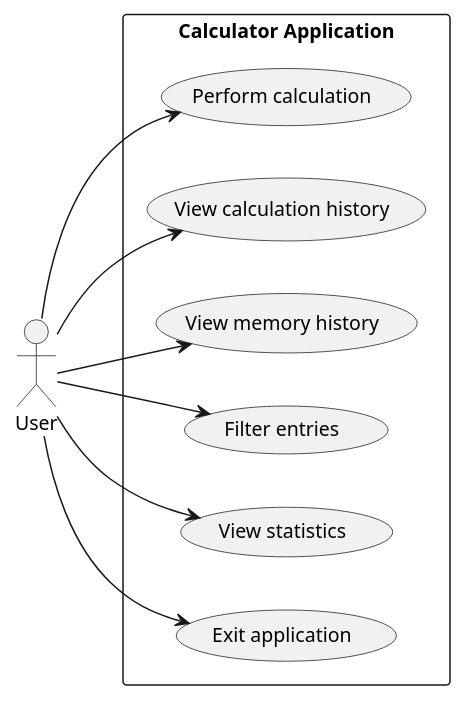
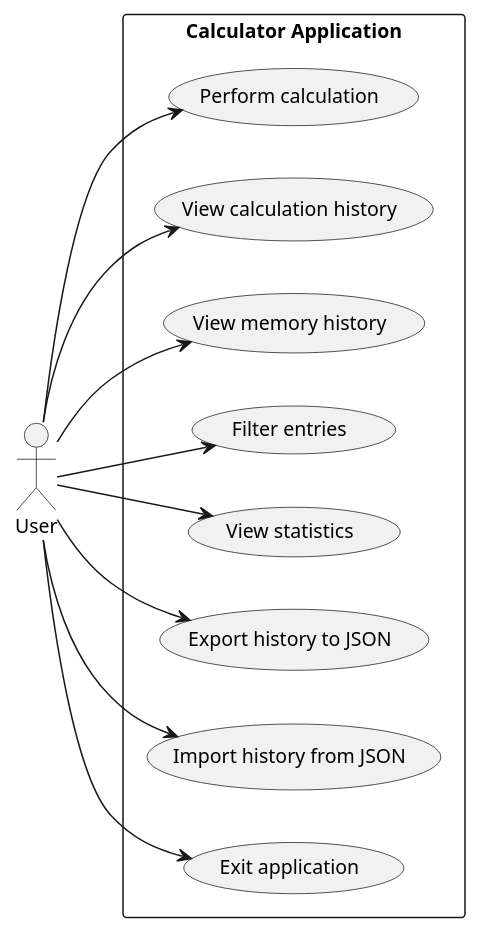
The diagram in experiments/broadcast/user_stories/calculator/artifacts/use_case_diagram.puml (DanielRiha8906/Software_autoevolution_using_agents), drawn with PlantUML before and after one commit. The commit also changed 15 other files, not shown here.

```diff
--- a/experiments/broadcast/user_stories/calculator/artifacts/use_case_diagram.puml
+++ b/experiments/broadcast/user_stories/calculator/artifacts/use_case_diagram.puml
@@ -1,26 +1,30 @@
 @startuml use_case_diagram
 
 skinparam defaultFontSize 13
 
 left to right direction
 
 actor User
 
 rectangle "Calculator Application" {
     usecase "Perform calculation" as UC_Calc
     usecase "View calculation history" as UC_History
     usecase "View memory history" as UC_MemHistory
     usecase "Filter entries" as UC_Filter
     usecase "View statistics" as UC_Stats
+    usecase "Export history to JSON" as UC_Export
+    usecase "Import history from JSON" as UC_Import
     usecase "Exit application" as UC_Exit
 
 }
 
 User --> UC_Calc
 User --> UC_History
 User --> UC_MemHistory
 User --> UC_Filter
 User --> UC_Stats
+User --> UC_Export
+User --> UC_Import
 User --> UC_Exit
 
 @enduml
```
